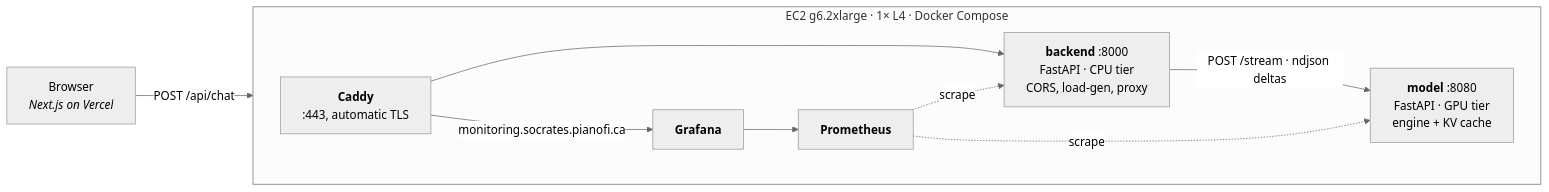
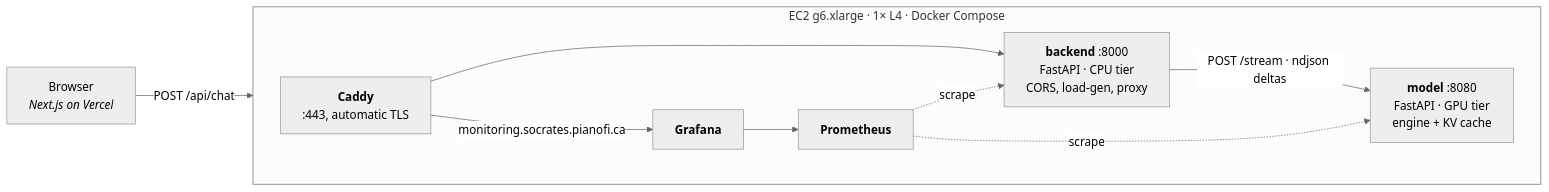
One commit to Brucewang15/socrates changed the first of 2 diagrams in README.md. Above: the diagram before and after it, drawn with Mermaid (neutral theme).

Commit message:
readme: prod runs on g6.xlarge (same L4, half the spot price)

````diff
--- a/README.md
+++ b/README.md
@@ -41,21 +41,21 @@
 ```mermaid
 flowchart LR
   U["Browser<br/><i>Next.js on Vercel</i>"]
 
-  subgraph EC2["EC2 g6.2xlarge · 1× L4 · Docker Compose"]
+  subgraph EC2["EC2 g6.xlarge · 1× L4 · Docker Compose"]
     direction LR
     C["<b>Caddy</b><br/>:443, automatic TLS"]
     B["<b>backend</b> :8000<br/>FastAPI · CPU tier<br/>CORS, load-gen, proxy"]
     M["<b>model</b> :8080<br/>FastAPI · GPU tier<br/>engine + KV cache"]
     G["<b>Grafana</b>"]
     P["<b>Prometheus</b>"]
   end
 
   U -->|"POST /api/chat"| C
   C --> B
   B -->|"POST /stream · ndjson deltas"| M
   C -->|"monitoring.socrates.pianofi.ca"| G
   G --> P
   P -.->|scrape| B
   P -.->|scrape| M
 ```
````
